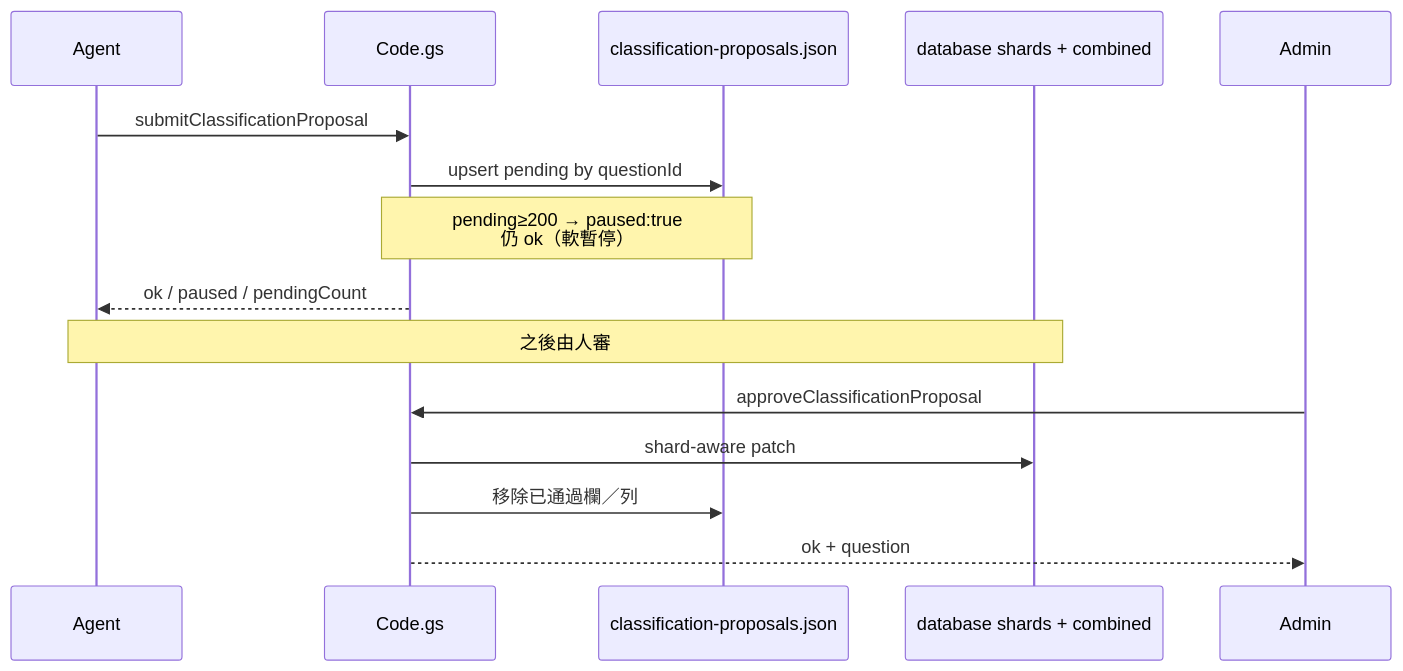
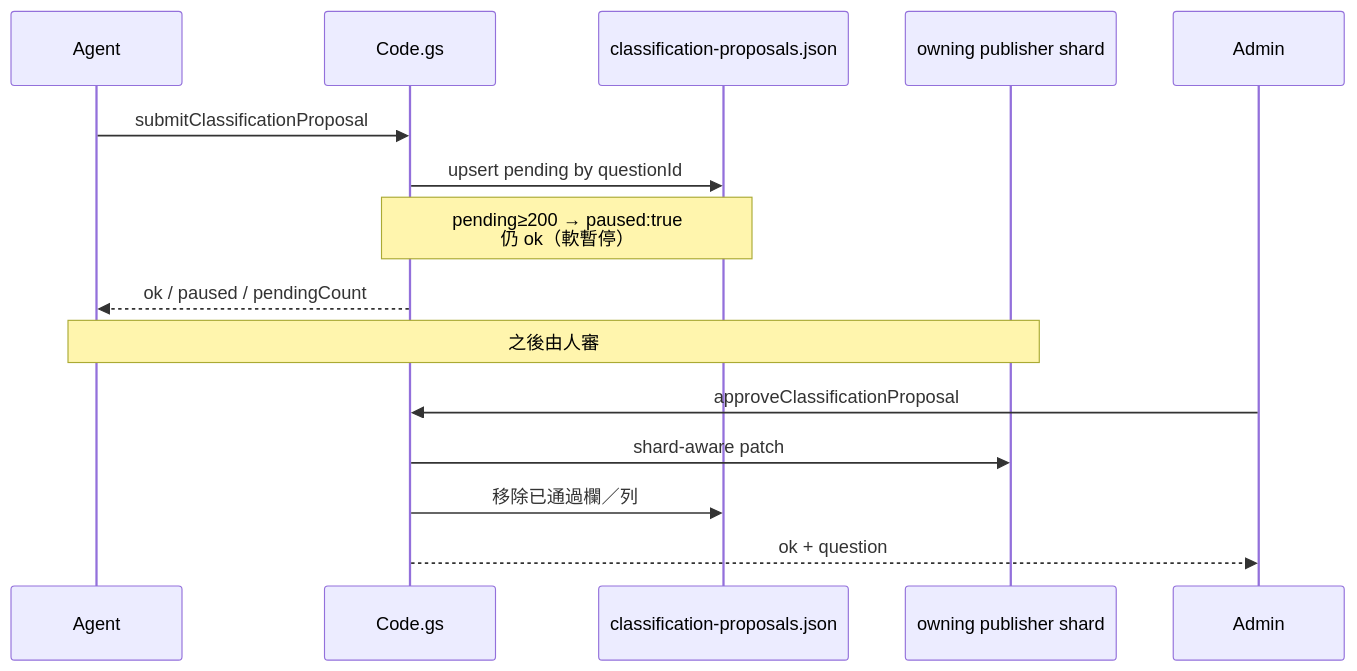
Before and after one commit to mas-repo/econ-database2: the diagram in apps-script/Code.kb.md, drawn with Mermaid. The commit also changed other lines of this file and 16 other files, not shown here.

First line of the commit message:
Stop reading and writing the combined question bank. (#92)

````diff
--- a/apps-script/Code.kb.md
+++ b/apps-script/Code.kb.md
@@ -10,19 +10,19 @@
 ```mermaid
 sequenceDiagram
   participant Agent
   participant AS as Code.gs
   participant St as classification-proposals.json
-  participant Bank as database shards + combined
+  participant Bank as owning publisher shard
 
   Agent->>AS: submitClassificationProposal
   AS->>St: upsert pending by questionId
   Note over AS,St: pending≥200 → paused:true<br/>仍 ok（軟暫停）
   AS-->>Agent: ok / paused / pendingCount
 
   Note over Agent,Bank: 之後由人審
   participant Admin
   Admin->>AS: approveClassificationProposal
   AS->>Bank: shard-aware patch
   AS->>St: 移除已通過欄／列
   AS-->>Admin: ok + question
 ```
````
